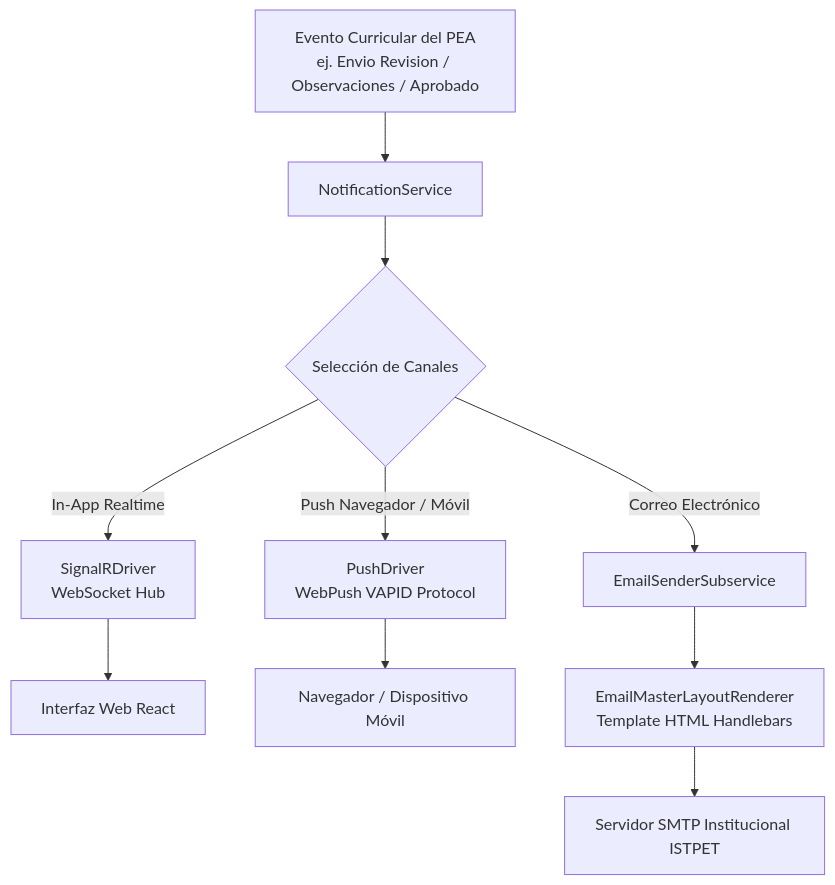
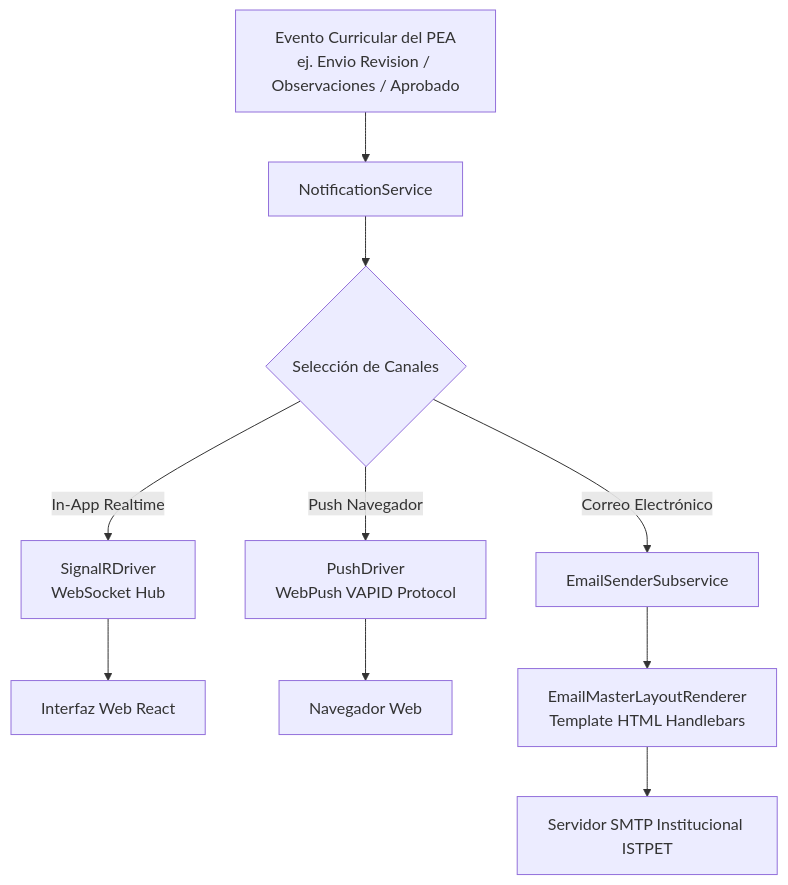
Before and after one commit to JorgeDoicela/dosier: the diagram in docs/documentacion/03-motores-especializados/05-motor-notificaciones-multicanal.md, drawn with Mermaid. The commit also changed other lines of this file and 23 other files, not shown here.

````diff
--- a/docs/documentacion/03-motores-especializados/05-motor-notificaciones-multicanal.md
+++ b/docs/documentacion/03-motores-especializados/05-motor-notificaciones-multicanal.md
@@ -15,15 +15,15 @@
 ```mermaid
 graph TD
     SystemEvent[Evento Curricular del PEA\nej. Envio Revision / Observaciones / Aprobado] --> NotifService[NotificationService]
 
     NotifService --> Router{Selección de Canales}
 
     Router -->|In-App Realtime| SignalR[SignalRDriver\nWebSocket Hub]
-    Router -->|Push Navegador / Móvil| Push[PushDriver\nWebPush VAPID Protocol]
+    Router -->|Push Navegador| Push[PushDriver\nWebPush VAPID Protocol]
     Router -->|Correo Electrónico| MailEngine[EmailSenderSubservice]
 
     SignalR --> ClientWeb[Interfaz Web React]
-    Push --> ClientDevice[Navegador / Dispositivo Móvil]
+    Push --> ClientDevice[Navegador Web]
     MailEngine --> MailLayout[EmailMasterLayoutRenderer\nTemplate HTML Handlebars]
     MailLayout --> SMTPServer[Servidor SMTP Institucional ISTPET]
 ```
````
